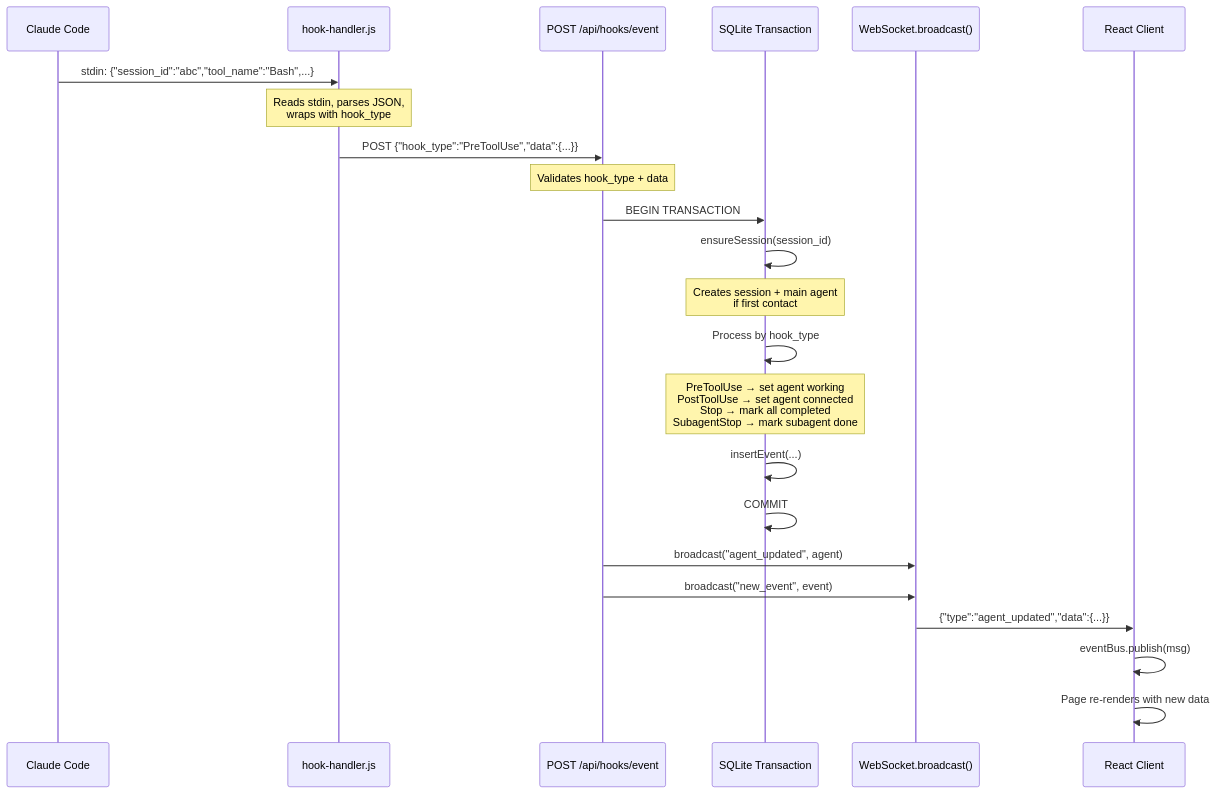
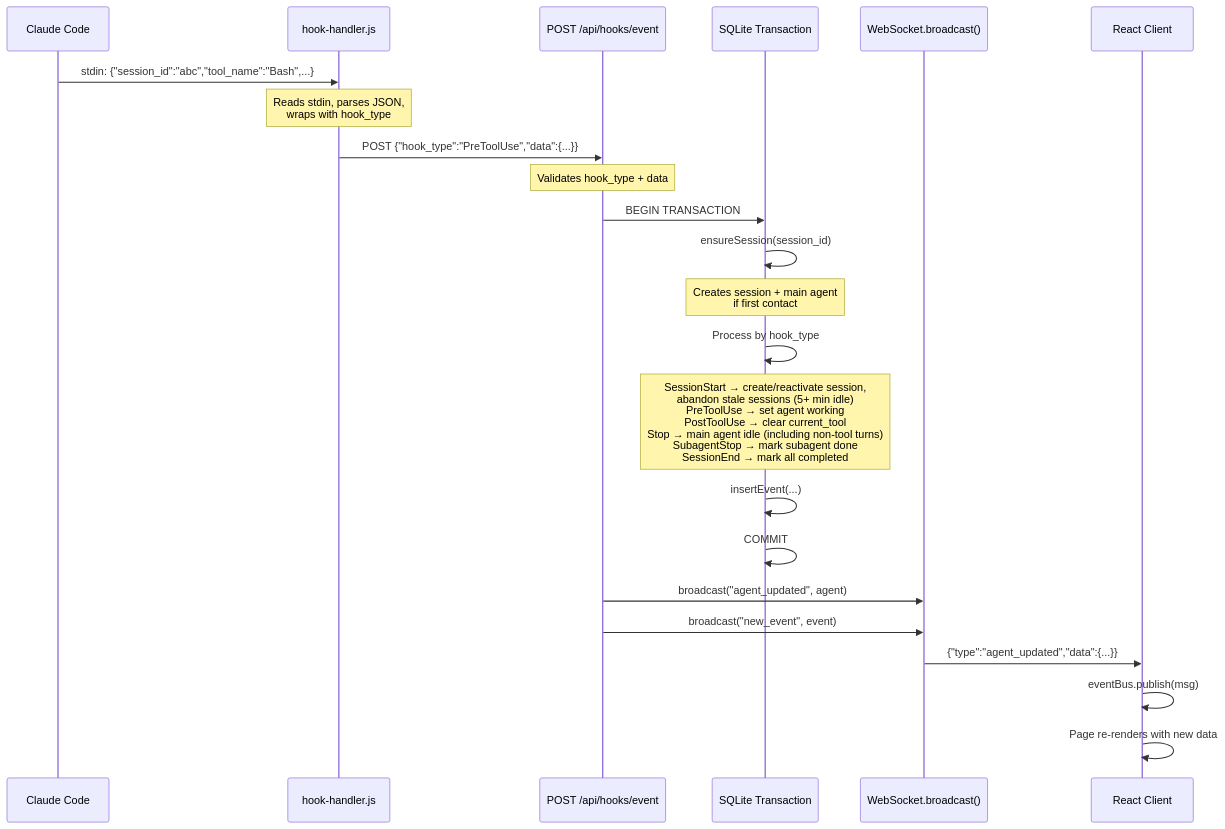
The third of 21 diagrams in ARCHITECTURE.md (mirkanu/gsd-dashboard), drawn with Mermaid before and after one commit. The commit also changed other lines of this file and 20 other files, not shown here.

First line of the commit message:
feat: update session handling and agent status on Stop events

````diff
--- a/ARCHITECTURE.md
+++ b/ARCHITECTURE.md
@@ -140,32 +142,32 @@
 ```mermaid
 sequenceDiagram
     participant CC as Claude Code
     participant HH as hook-handler.js
     participant API as POST /api/hooks/event
     participant TX as SQLite Transaction
     participant WS as WebSocket.broadcast()
     participant UI as React Client
 
     CC->>HH: stdin: {"session_id":"abc","tool_name":"Bash",...}
     Note over HH: Reads stdin, parses JSON,<br/>wraps with hook_type
 
     HH->>API: POST {"hook_type":"PreToolUse","data":{...}}
     Note over API: Validates hook_type + data
 
     API->>TX: BEGIN TRANSACTION
     TX->>TX: ensureSession(session_id)
     Note over TX: Creates session + main agent<br/>if first contact
 
     TX->>TX: Process by hook_type
-    Note over TX: PreToolUse → set agent working<br/>PostToolUse → set agent connected<br/>Stop → mark all completed<br/>SubagentStop → mark subagent done
+    Note over TX: SessionStart → create/reactivate session,<br/>abandon stale sessions (5+ min idle)<br/>PreToolUse → set agent working<br/>PostToolUse → clear current_tool<br/>Stop → main agent idle (including non-tool turns)<br/>SubagentStop → mark subagent done<br/>SessionEnd → mark all completed
 
     TX->>TX: insertEvent(...)
     TX->>TX: COMMIT
 
     API->>WS: broadcast("agent_updated", agent)
     API->>WS: broadcast("new_event", event)
 
     WS->>UI: {"type":"agent_updated","data":{...}}
     UI->>UI: eventBus.publish(msg)
     UI->>UI: Page re-renders with new data
 ```
````
